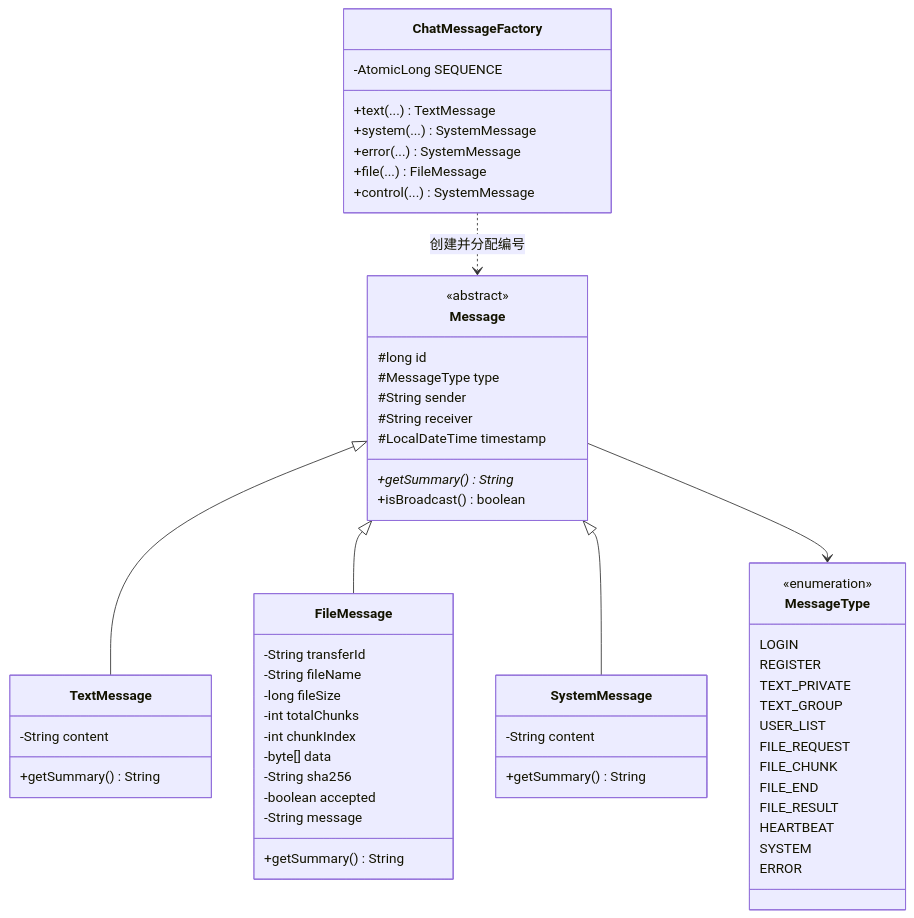
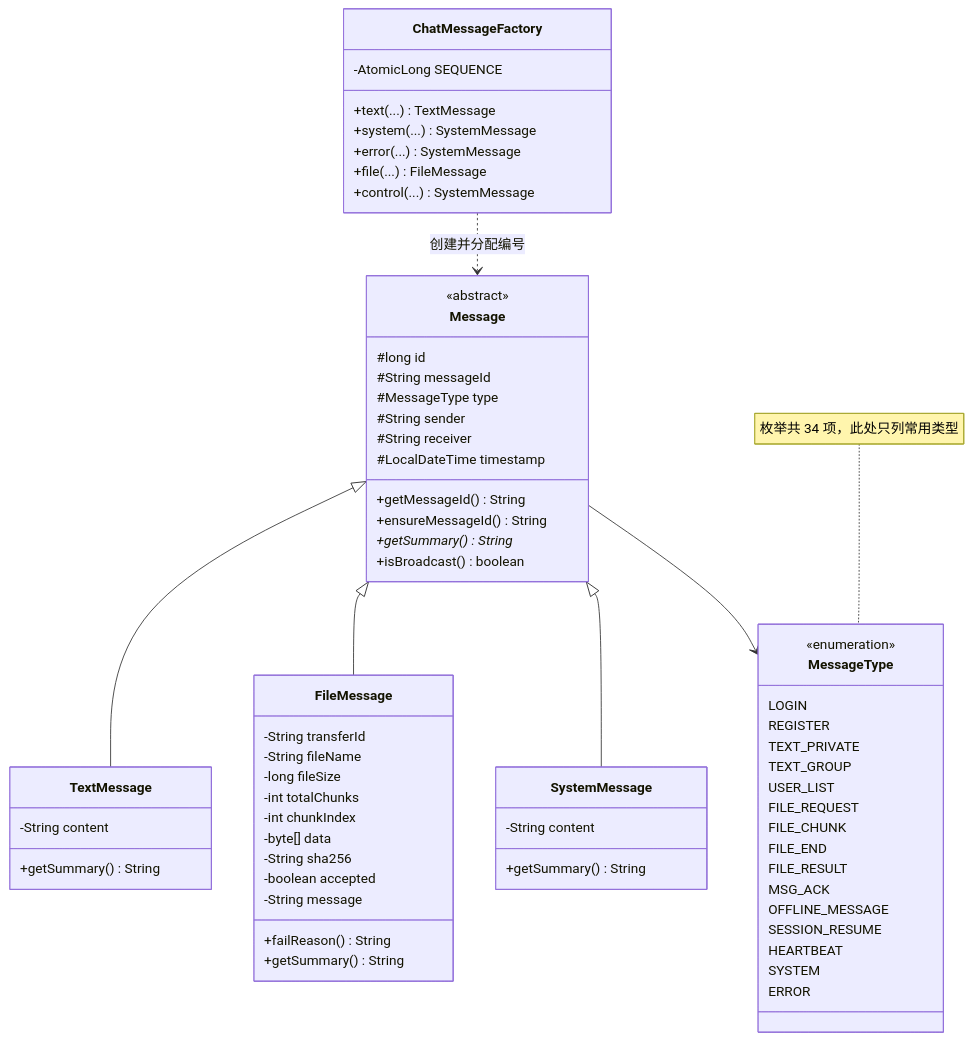
Before and after one commit to FeiTwnd/lanchat: the second of 11 diagrams in docs/design/04-实现说明.md, drawn with Mermaid. The commit also changed other lines of this file and 9 other files, not shown here.

````diff
--- a/docs/design/04-实现说明.md
+++ b/docs/design/04-实现说明.md
@@ -393,63 +467,71 @@
 ```mermaid
 classDiagram
     class Message {
         <<abstract>>
         <<Serializable>>
         #long id
+        #String messageId
         #MessageType type
         #String sender
         #String receiver
         #LocalDateTime timestamp
+        +getMessageId() String
+        +ensureMessageId() String
         +getSummary()* String
         +isBroadcast() boolean
     }
     class TextMessage {
         -String content
         +getSummary() String
     }
     class FileMessage {
         -String transferId
         -String fileName
         -long fileSize
         -int totalChunks
         -int chunkIndex
         -byte[] data
         -String sha256
         -boolean accepted
         -String message
+        +failReason() String
         +getSummary() String
     }
     class SystemMessage {
         -String content
         +getSummary() String
     }
     class MessageType {
         <<enumeration>>
         LOGIN
         REGISTER
         TEXT_PRIVATE
         TEXT_GROUP
         USER_LIST
         FILE_REQUEST
         FILE_CHUNK
         FILE_END
         FILE_RESULT
+        MSG_ACK
+        OFFLINE_MESSAGE
+        SESSION_RESUME
         HEARTBEAT
         SYSTEM
         ERROR
     }
+    note for MessageType "枚举共 34 项，此处只列常用类型"
     class ChatMessageFactory {
         -AtomicLong SEQUENCE
         +text(...) TextMessage
         +system(...) SystemMessage
         +error(...) SystemMessage
         +file(...) FileMessage
         +control(...) SystemMessage
     }
 
     Message <|-- TextMessage
     Message <|-- FileMessage
     Message <|-- SystemMessage
     Message --> MessageType
     ChatMessageFactory ..> Message : 创建并分配编号
 ```
````
